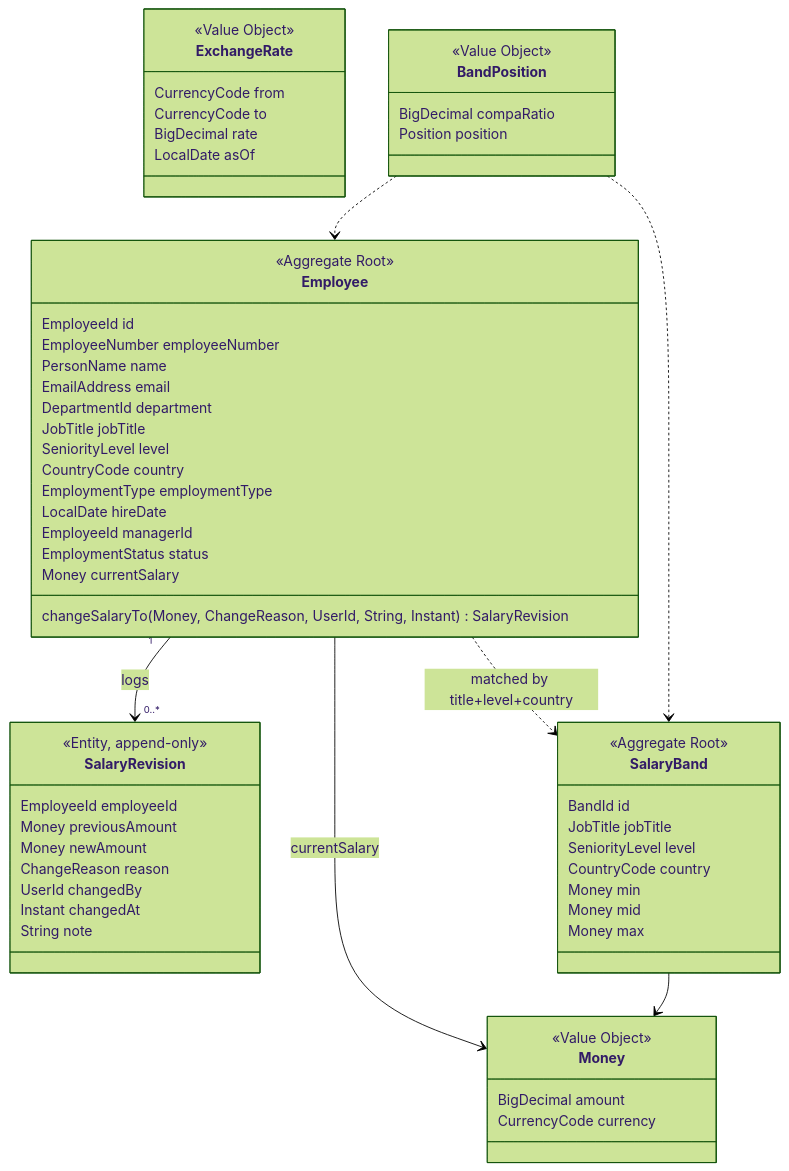
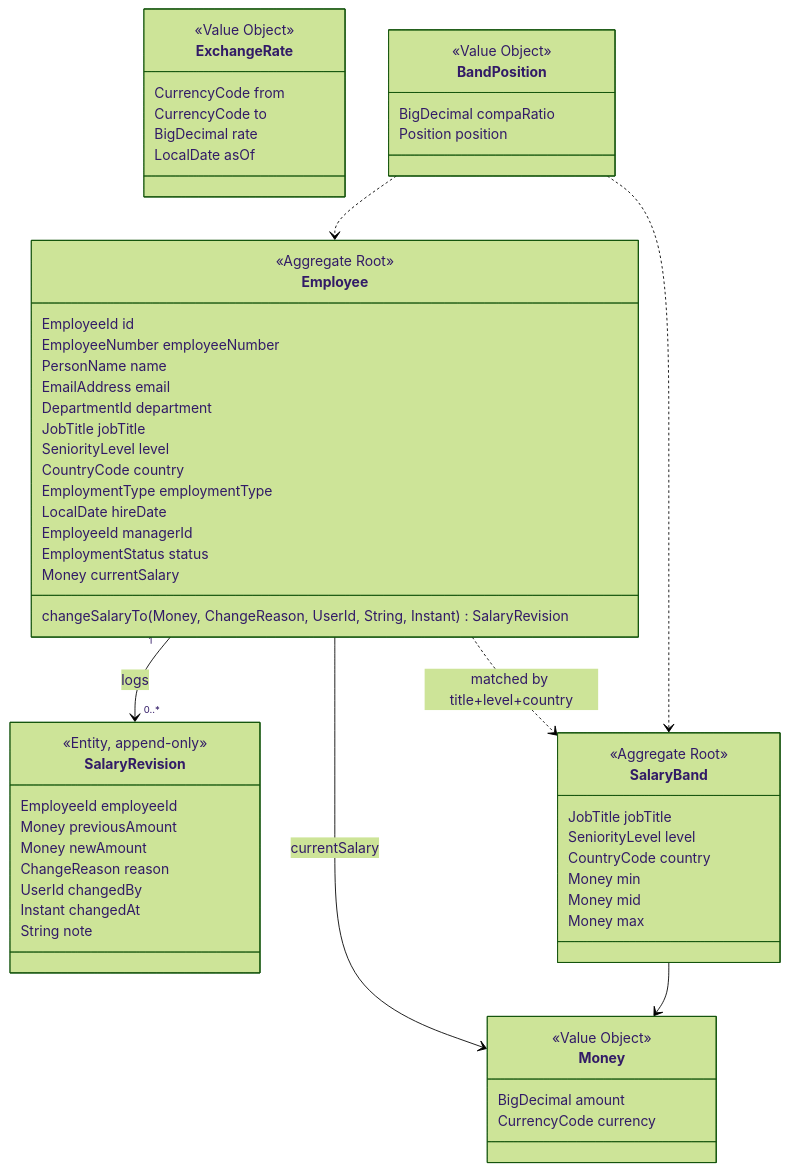
One commit to Ram-mane/Incubyte-Engineering-Assessment changed the diagram in docs/02-DOMAIN-MODEL.md. Above: the diagram before and after it, drawn with Mermaid (forest theme). The commit also changed other lines of this file and 9 other files, not shown here.

````diff
--- a/docs/02-DOMAIN-MODEL.md
+++ b/docs/02-DOMAIN-MODEL.md
@@ -37,69 +37,68 @@
 ```mermaid
 classDiagram
     class Employee {
         <<Aggregate Root>>
         EmployeeId id
         EmployeeNumber employeeNumber
         PersonName name
         EmailAddress email
         DepartmentId department
         JobTitle jobTitle
         SeniorityLevel level
         CountryCode country
         EmploymentType employmentType
         LocalDate hireDate
         EmployeeId managerId
         EmploymentStatus status
         Money currentSalary
         changeSalaryTo(Money, ChangeReason, UserId, String, Instant) SalaryRevision
     }
 
     class SalaryRevision {
         <<Entity, append-only>>
         EmployeeId employeeId
         Money previousAmount
         Money newAmount
         ChangeReason reason
         UserId changedBy
         Instant changedAt
         String note
     }
 
     class SalaryBand {
         <<Aggregate Root>>
-        BandId id
         JobTitle jobTitle
         SeniorityLevel level
         CountryCode country
         Money min
         Money mid
         Money max
     }
 
     class ExchangeRate {
         <<Value Object>>
         CurrencyCode from
         CurrencyCode to
         BigDecimal rate
         LocalDate asOf
     }
 
     class Money {
         <<Value Object>>
         BigDecimal amount
         CurrencyCode currency
     }
 
     class BandPosition {
         <<Value Object>>
         BigDecimal compaRatio
         Position position
     }
 
     Employee "1" --> "0..*" SalaryRevision : logs
     Employee --> Money : currentSalary
     SalaryBand --> Money
     Employee ..> SalaryBand : matched by title+level+country
     BandPosition ..> Employee
     BandPosition ..> SalaryBand
 ```
````
